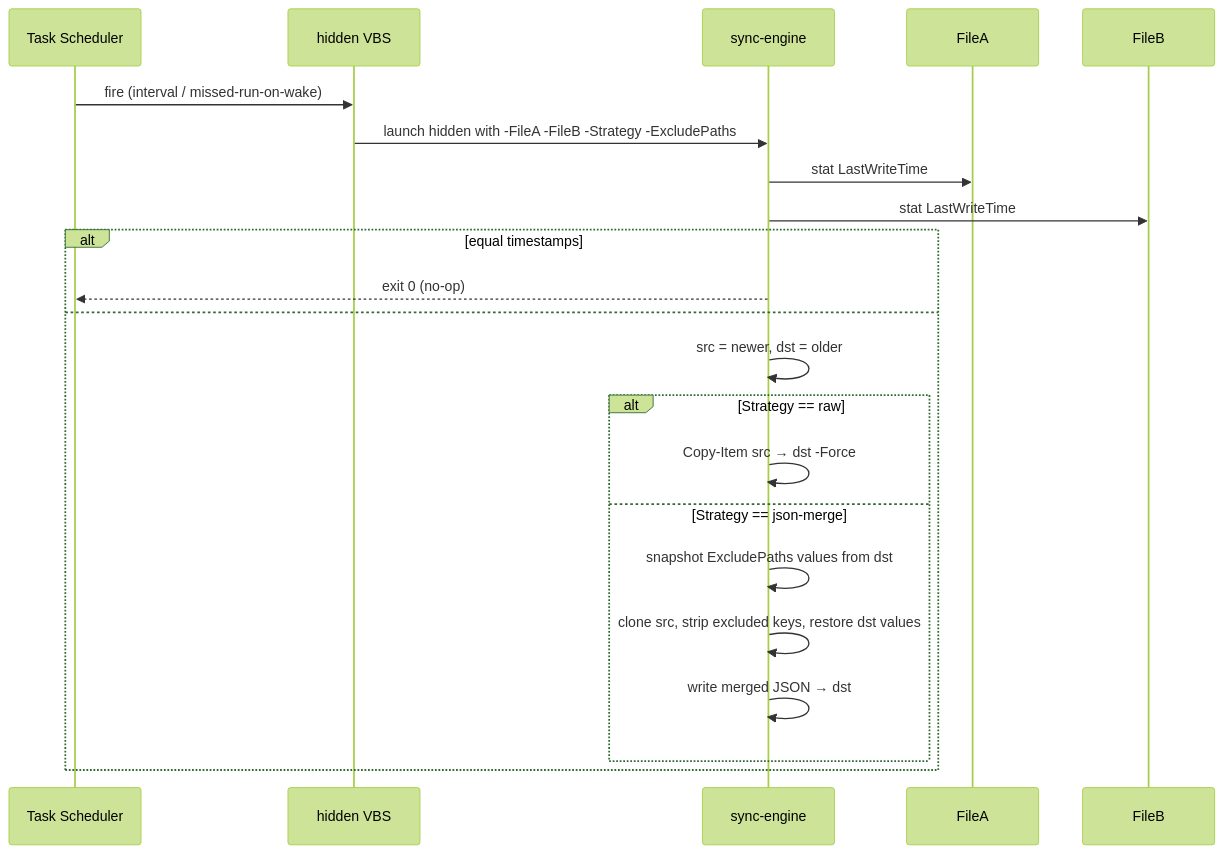
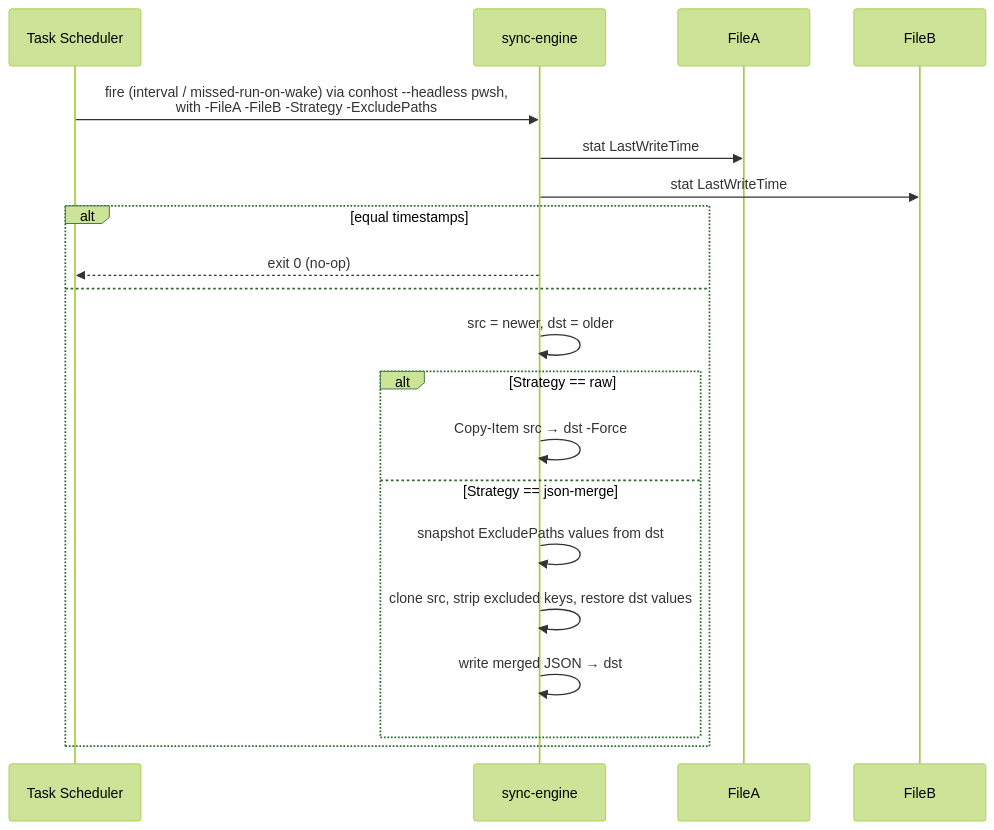
Before and after one commit to cheneeheng/claude-code-command-center: the third of 3 diagrams in tools/file-sync/product/ARCHITECTURE.md, drawn with Mermaid (forest theme). The commit also changed other lines of this file and 7 other files, not shown here.

First line of the commit message:
refactor(file-sync)!: launch the sync task through conhost --headless

````diff
--- a/tools/file-sync/product/ARCHITECTURE.md
+++ b/tools/file-sync/product/ARCHITECTURE.md
@@ -50,25 +48,23 @@
 ```mermaid
 sequenceDiagram
     participant T as Task Scheduler
-    participant V as hidden VBS
     participant E as sync-engine
     participant A as FileA
     participant B as FileB
 
-    T->>V: fire (interval / missed-run-on-wake)
-    V->>E: launch hidden with -FileA -FileB -Strategy -ExcludePaths
+    T->>E: fire (interval / missed-run-on-wake) via conhost --headless pwsh,<br/>with -FileA -FileB -Strategy -ExcludePaths
     E->>A: stat LastWriteTime
     E->>B: stat LastWriteTime
     alt equal timestamps
         E-->>T: exit 0 (no-op)
     else
         E->>E: src = newer, dst = older
         alt Strategy == raw
             E->>E: Copy-Item src → dst -Force
         else Strategy == json-merge
             E->>E: snapshot ExcludePaths values from dst
             E->>E: clone src, strip excluded keys, restore dst values
             E->>E: write merged JSON → dst
         end
     end
 ```
````
